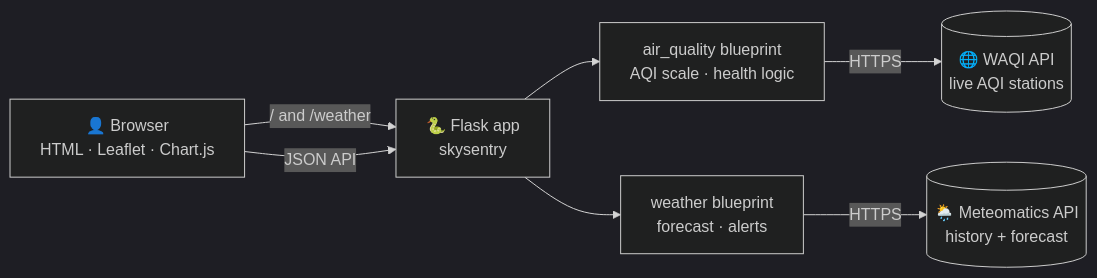
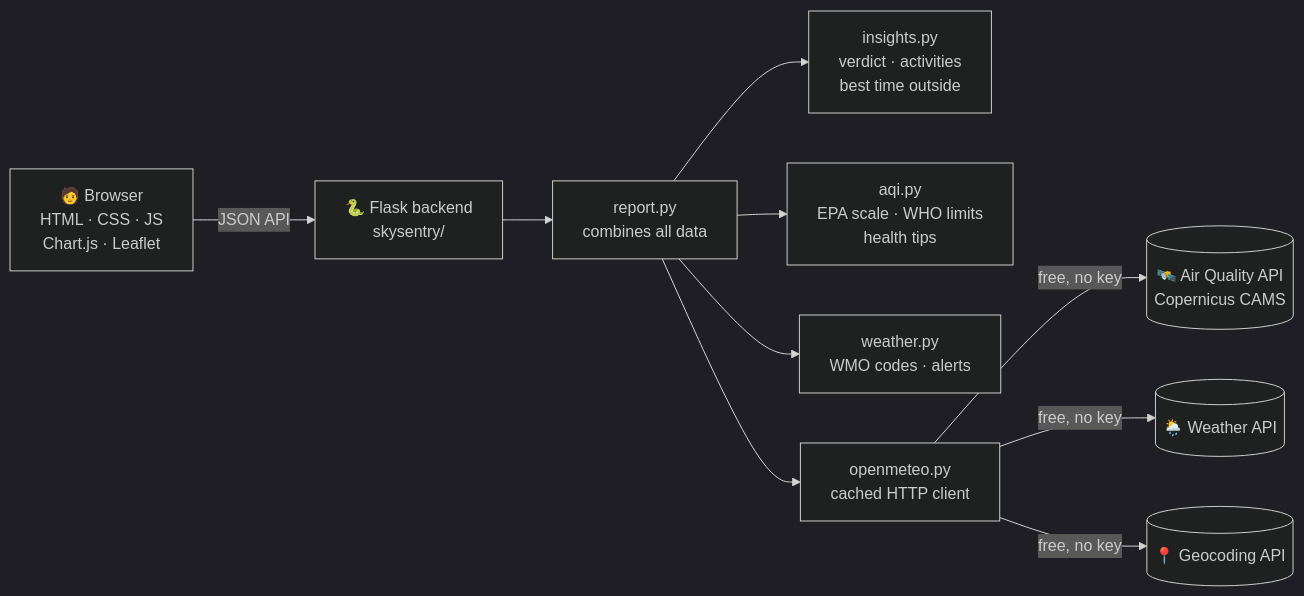
One commit to mohamedZouari1/sky-sentry changed the diagram in README.md. Above: the diagram before and after it, drawn with Mermaid (dark theme). The commit also changed other lines of this file and 25 other files, not shown here.

````diff
--- a/README.md
+++ b/README.md
@@ -54,9 +82,12 @@
 ```mermaid
 flowchart LR
-    U[👤 Browser<br/>HTML · Leaflet · Chart.js] -->|/ and /weather| F[🐍 Flask app<br/>skysentry]
-    U -->|JSON API| F
-    F --> AQ[air_quality blueprint<br/>AQI scale · health logic]
-    F --> W[weather blueprint<br/>forecast · alerts]
-    AQ -->|HTTPS| WAQI[(🌐 WAQI API<br/>live AQI stations)]
-    W -->|HTTPS| MM[(🌦️ Meteomatics API<br/>history + forecast)]
+    U["🧑 Browser<br/>HTML · CSS · JS<br/>Chart.js · Leaflet"] -->|JSON API| F["🐍 Flask backend<br/>skysentry/"]
+    F --> R["report.py<br/>combines all data"]
+    R --> I["insights.py<br/>verdict · activities<br/>best time outside"]
+    R --> A["aqi.py<br/>EPA scale · WHO limits<br/>health tips"]
+    R --> W["weather.py<br/>WMO codes · alerts"]
+    R --> C["openmeteo.py<br/>cached HTTP client"]
+    C -->|free, no key| AQ[("🛰️ Air Quality API<br/>Copernicus CAMS")]
+    C -->|free, no key| WX[("🌦️ Weather API")]
+    C -->|free, no key| GEO[("📍 Geocoding API")]
 ```
````
